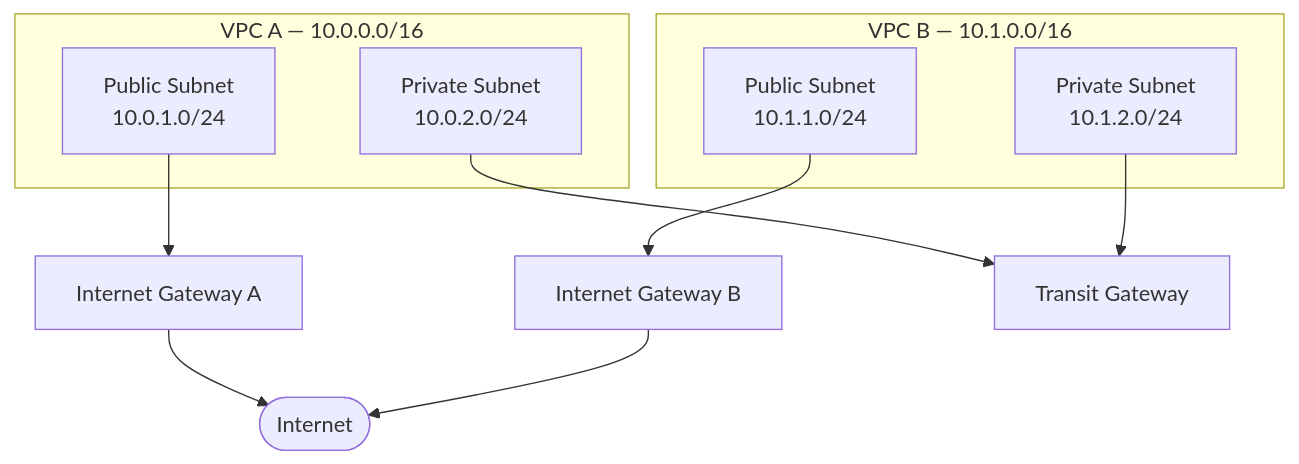
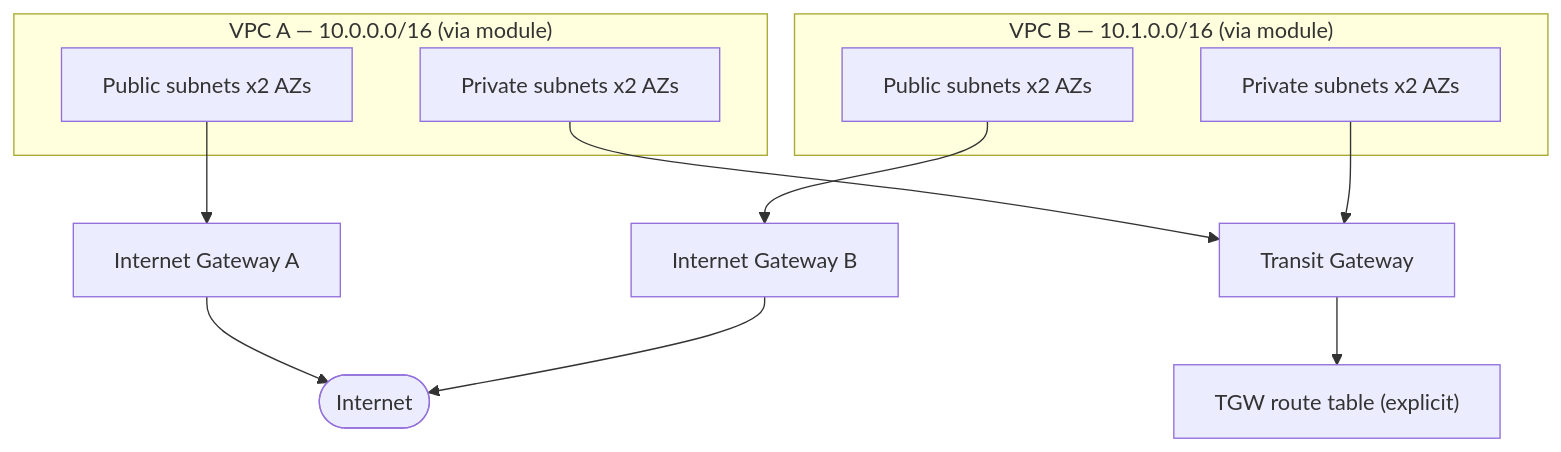
Before and after one commit to BigJTheAdmin/aws-terraform-network-lab: the diagram in README.md, drawn with Mermaid. The commit also changed other lines of this file, not shown here.

Commit message:
Update README for Week 3: modules, explicit TGW routing, failure scenarios, production notes

````diff
--- a/README.md
+++ b/README.md
@@ -7,22 +7,24 @@
 ```mermaid
 graph TB
-    subgraph VPCA["VPC A — 10.0.0.0/16"]
-        A_pub["Public Subnet<br/>10.0.1.0/24"]
-        A_priv["Private Subnet<br/>10.0.2.0/24"]
+    subgraph VPCA["VPC A — 10.0.0.0/16 (via module)"]
+        A_pub["Public subnets x2 AZs"]
+        A_priv["Private subnets x2 AZs"]
     end
 
-    subgraph VPCB["VPC B — 10.1.0.0/16"]
-        B_pub["Public Subnet<br/>10.1.1.0/24"]
-        B_priv["Private Subnet<br/>10.1.2.0/24"]
+    subgraph VPCB["VPC B — 10.1.0.0/16 (via module)"]
+        B_pub["Public subnets x2 AZs"]
+        B_priv["Private subnets x2 AZs"]
     end
 
     IGW_A["Internet Gateway A"]
     IGW_B["Internet Gateway B"]
+    TGWRT["TGW route table (explicit)"]
     TGW["Transit Gateway"]
     Internet(["Internet"])
 
     A_pub --> IGW_A --> Internet
     B_pub --> IGW_B --> Internet
     A_priv --> TGW
     B_priv --> TGW
+    TGW --> TGWRT
 ```
````
